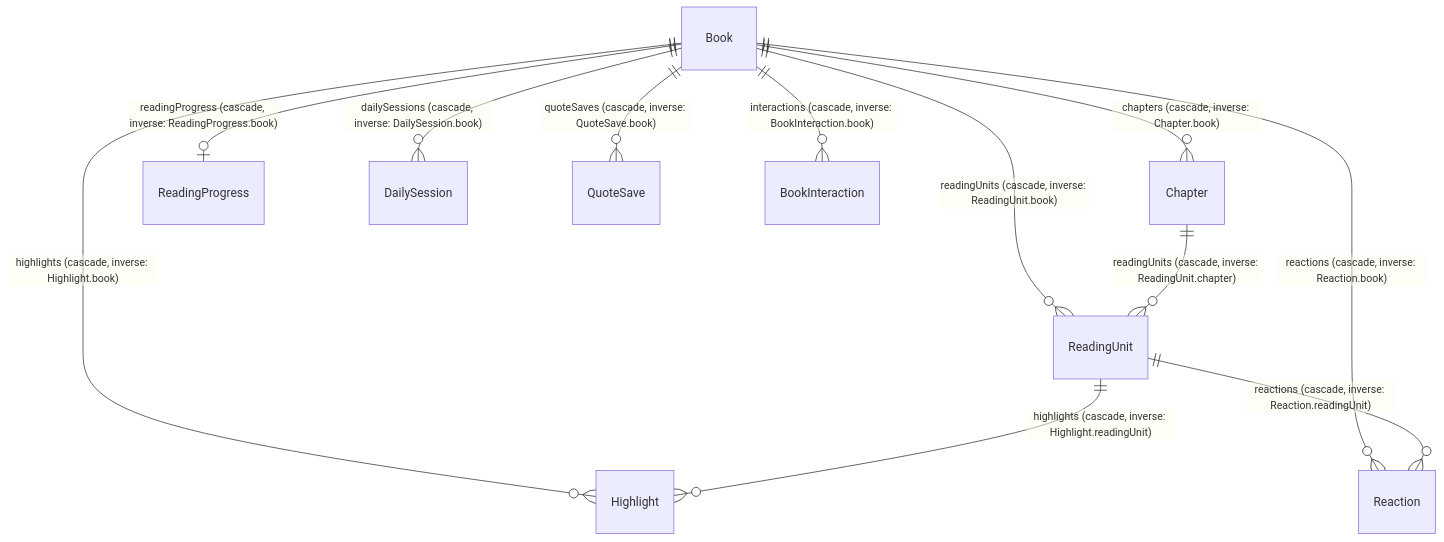
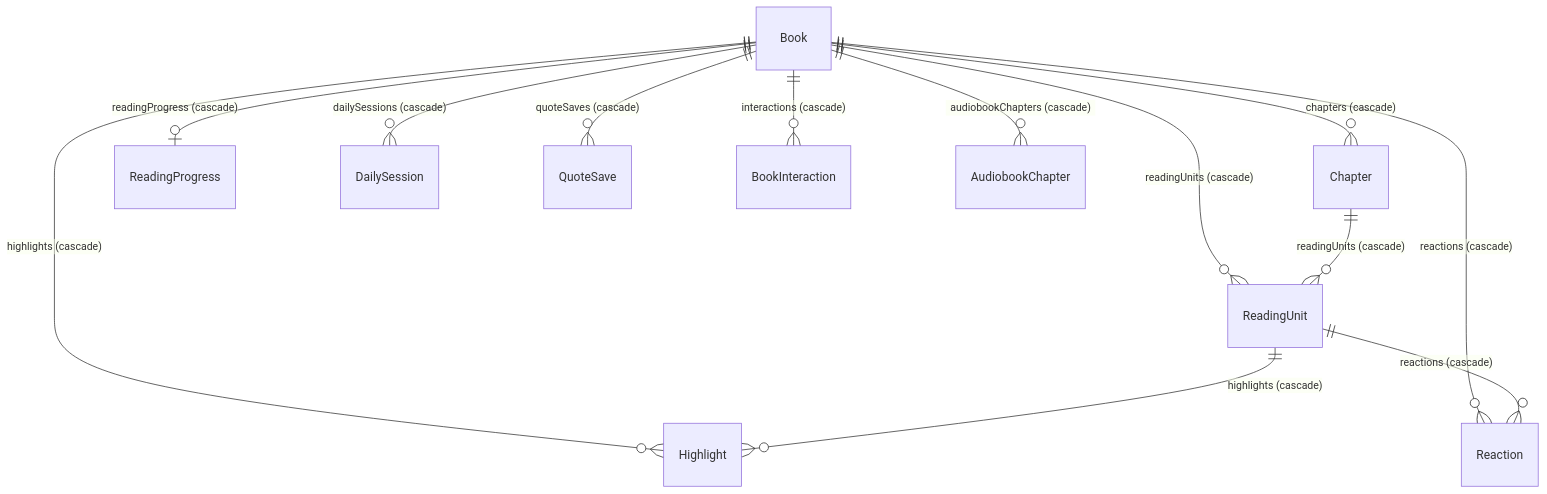
One commit to wilsebbis/Spine changed the first of 3 diagrams in technical_doc.md. Above: the diagram before and after it, drawn with Mermaid. The commit also changed other lines of this file and 72 other files, not shown here.

Commit message:
feat: introduce book intelligence, audiobook integration, premium features, vocabulary, and reading paths with significant UI and service additions.

````diff
--- a/technical_doc.md
+++ b/technical_doc.md
@@ -62,14 +171,15 @@
 ```mermaid
 erDiagram
-    Book ||--o{ Chapter : "chapters (cascade, inverse: Chapter.book)"
-    Book ||--o{ ReadingUnit : "readingUnits (cascade, inverse: ReadingUnit.book)"
-    Book ||--o| ReadingProgress : "readingProgress (cascade, inverse: ReadingProgress.book)"
-    Book ||--o{ Highlight : "highlights (cascade, inverse: Highlight.book)"
-    Book ||--o{ DailySession : "dailySessions (cascade, inverse: DailySession.book)"
-    Book ||--o{ Reaction : "reactions (cascade, inverse: Reaction.book)"
-    Book ||--o{ QuoteSave : "quoteSaves (cascade, inverse: QuoteSave.book)"
-    Book ||--o{ BookInteraction : "interactions (cascade, inverse: BookInteraction.book)"
-    Chapter ||--o{ ReadingUnit : "readingUnits (cascade, inverse: ReadingUnit.chapter)"
-    ReadingUnit ||--o{ Highlight : "highlights (cascade, inverse: Highlight.readingUnit)"
-    ReadingUnit ||--o{ Reaction : "reactions (cascade, inverse: Reaction.readingUnit)"
+    Book ||--o{ Chapter : "chapters (cascade)"
+    Book ||--o{ ReadingUnit : "readingUnits (cascade)"
+    Book ||--o| ReadingProgress : "readingProgress (cascade)"
+    Book ||--o{ Highlight : "highlights (cascade)"
+    Book ||--o{ DailySession : "dailySessions (cascade)"
+    Book ||--o{ Reaction : "reactions (cascade)"
+    Book ||--o{ QuoteSave : "quoteSaves (cascade)"
+    Book ||--o{ BookInteraction : "interactions (cascade)"
+    Book ||--o{ AudiobookChapter : "audiobookChapters (cascade)"
+    Chapter ||--o{ ReadingUnit : "readingUnits (cascade)"
+    ReadingUnit ||--o{ Highlight : "highlights (cascade)"
+    ReadingUnit ||--o{ Reaction : "reactions (cascade)"
 ```
````
